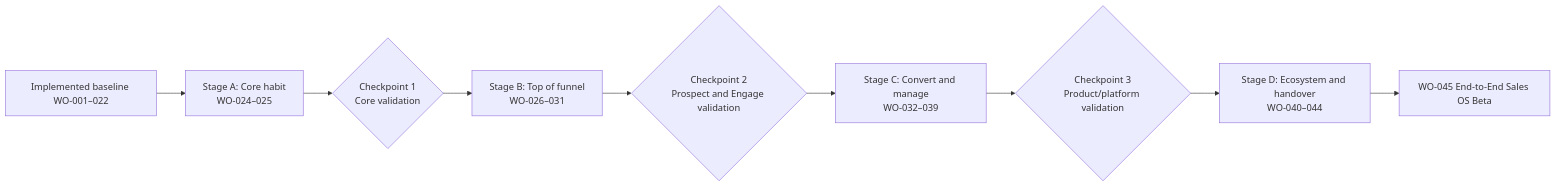
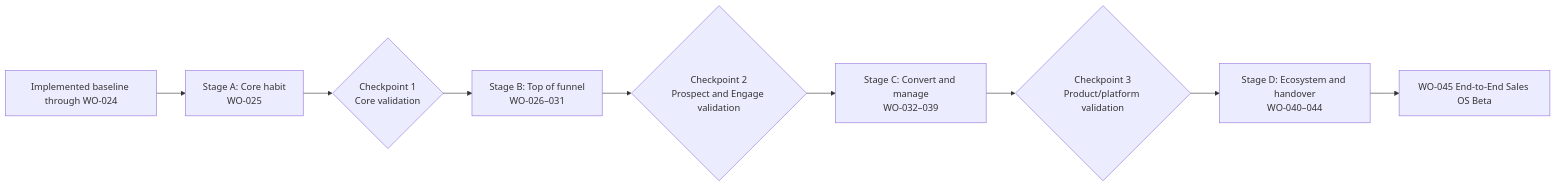
One commit to KevinFinnerty2205/revenueos changed the diagram in docs/06-roadmap/end-to-end-sales-platform-roadmap.md. Above: the diagram before and after it, drawn with Mermaid. The commit also changed other lines of this file and 67 other files, not shown here.

````diff
--- a/docs/06-roadmap/end-to-end-sales-platform-roadmap.md
+++ b/docs/06-roadmap/end-to-end-sales-platform-roadmap.md
@@ -19,11 +19,11 @@
 ```mermaid
 flowchart LR
-    B["Implemented baseline WO-001–022"] --> A["Stage A: Core habit\nWO-024–025"]
+    B["Implemented baseline through WO-024"] --> A["Stage A: Core habit\nWO-025"]
     A --> C1{"Checkpoint 1\nCore validation"}
     C1 --> T["Stage B: Top of funnel\nWO-026–031"]
     T --> C2{"Checkpoint 2\nProspect and Engage validation"}
     C2 --> P["Stage C: Convert and manage\nWO-032–039"]
     P --> C3{"Checkpoint 3\nProduct/platform validation"}
     C3 --> X["Stage D: Ecosystem and handover\nWO-040–044"]
     X --> Z["WO-045 End-to-End Sales OS Beta"]
 ```
````
